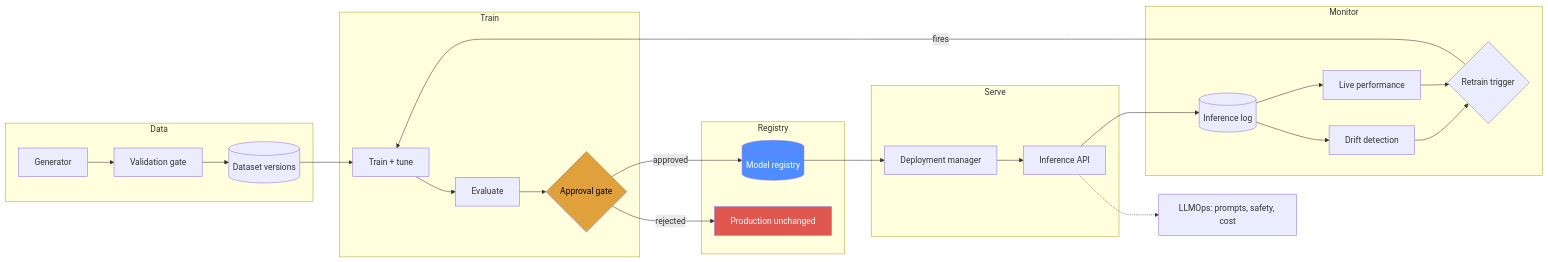
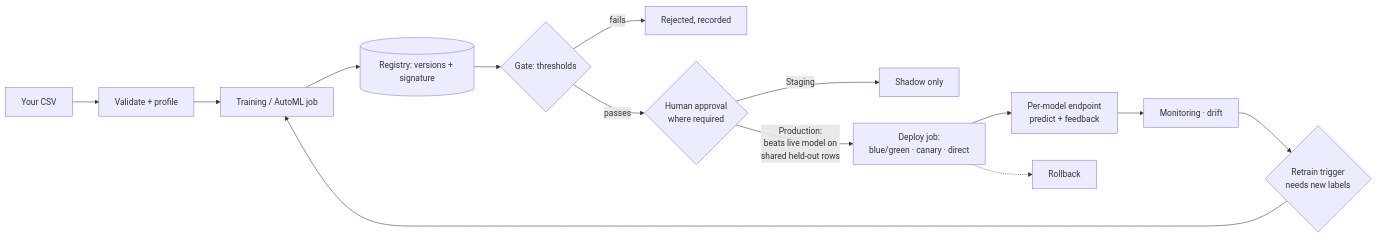
The diagram in README.md (shaileshpawar-dev/fmops-platform), drawn with Mermaid before and after one commit. The commit also changed other lines of this file and 4 other files, not shown here.

````diff
--- a/README.md
+++ b/README.md
@@ -70,33 +40,16 @@
 ```mermaid
 flowchart LR
-    subgraph Data
-        GEN[Generator] --> VAL[Validation gate]
-        VAL --> VER[(Dataset versions)]
-    end
-    subgraph Train
-        VER --> TR[Train + tune]
-        TR --> EV[Evaluate]
-        EV --> GATE{Approval gate}
-    end
-    subgraph Registry
-        GATE -->|approved| REG[(Model registry)]
-        GATE -->|rejected| X[Production unchanged]
-    end
-    subgraph Serve
-        REG --> DEP[Deployment manager]
-        DEP --> API[Inference API]
-    end
-    subgraph Monitor
-        API --> LOG[(Inference log)]
-        LOG --> DRIFT[Drift detection]
-        LOG --> PERF[Live performance]
-        DRIFT --> TRIG{Retrain trigger}
-        PERF --> TRIG
-    end
-    TRIG -->|fires| TR
-    API -.-> LLM[LLMOps: prompts, safety, cost]
-
-    style GATE fill:#e0a13c,color:#000
-    style X fill:#e0574f,color:#fff
-    style REG fill:#4f8cff,color:#fff
+    CSV[Your CSV] --> V[Validate + profile]
+    V --> J[Training / AutoML job]
+    J --> R[(Registry: versions + signature)]
+    R --> G{Gate: thresholds}
+    G -->|fails| X[Rejected, recorded]
+    G -->|passes| H{Human approval<br/>where required}
+    H -->|Staging| SH[Shadow only]
+    H -->|Production:<br/>beats live model on<br/>shared held-out rows| D[Deploy job:<br/>blue/green · canary · direct]
+    D --> P[Per-model endpoint<br/>predict + feedback]
+    P --> M[Monitoring · drift]
+    M --> T{Retrain trigger<br/>needs new labels}
+    T --> J
+    D -.-> RB[Rollback]
 ```
````
